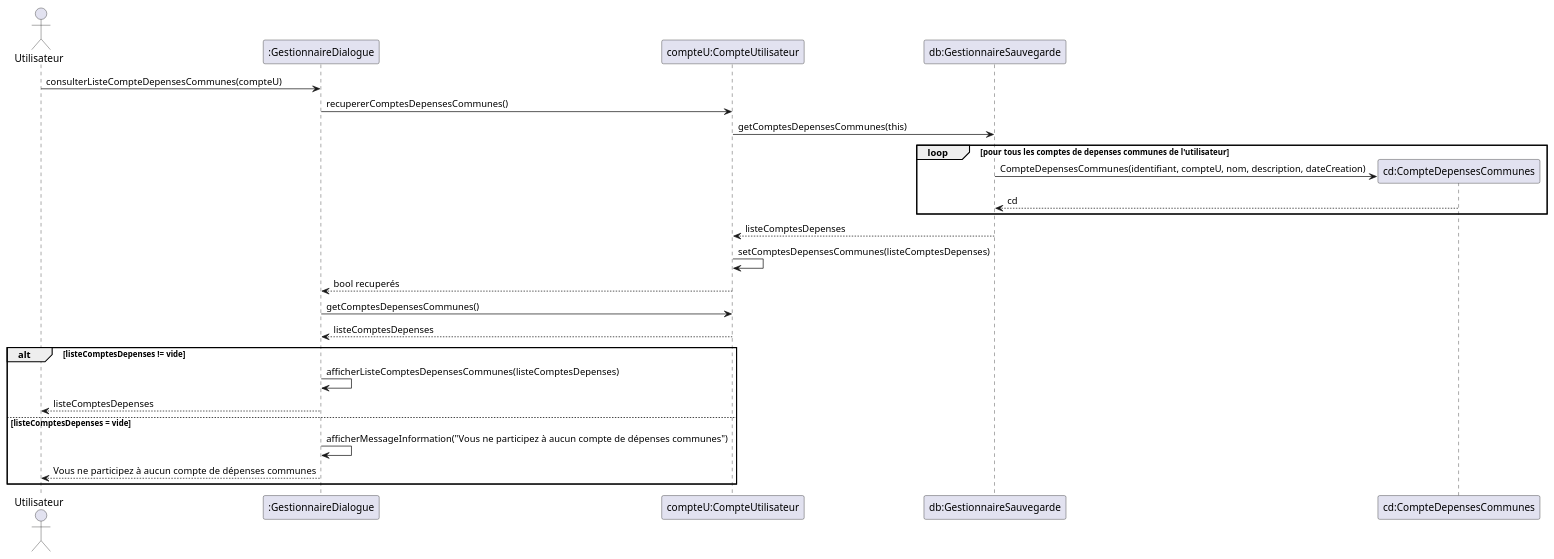
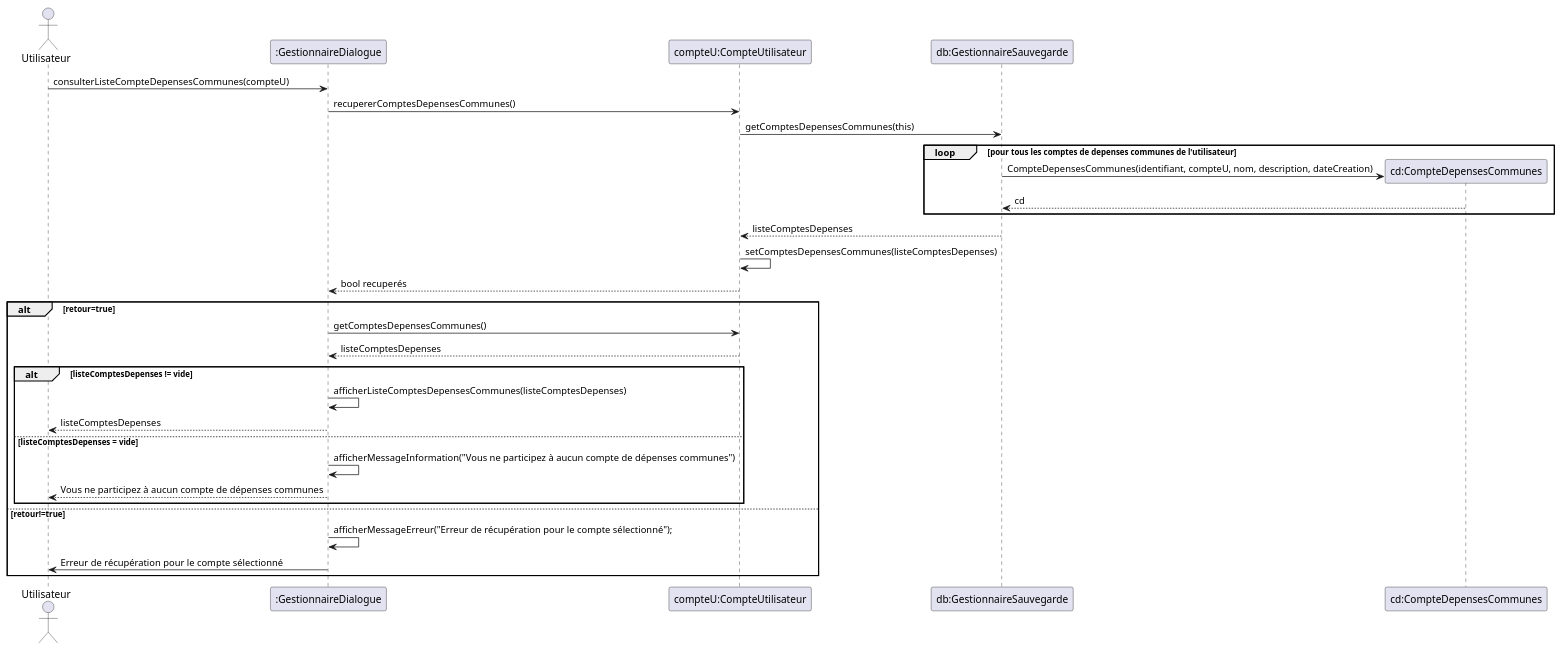
The diagram in diagrammes/conception/consulter-liste-compte-depenses.puml (lmtb06/sharecount), drawn with PlantUML before and after one commit. The commit also changed 5 other files, not shown here.

```diff
--- a/diagrammes/conception/consulter-liste-compte-depenses.puml
+++ b/diagrammes/conception/consulter-liste-compte-depenses.puml
@@ -1,29 +1,34 @@
 @startuml  Consulter la liste de ses comptes de dépenses communes
 
 actor "Utilisateur" as us
 participant ":GestionnaireDialogue" as gd
 participant "compteU:CompteUtilisateur" as cu
 participant "db:GestionnaireSauvegarde" as gs
 participant "cd:CompteDepensesCommunes" as cd
 
 us 	-> 	gd 	: consulterListeCompteDepensesCommunes(compteU)
 gd 	-> 	cu 	: recupererComptesDepensesCommunes()
 cu 	->	gs 	: getComptesDepensesCommunes(this)
 loop pour tous les comptes de depenses communes de l'utilisateur
 gs 	-> 	cd 	**: CompteDepensesCommunes(identifiant, compteU, nom, description, dateCreation)
 cd 	--> gs 	: cd
 end
 gs 	--> cu 	: listeComptesDepenses
 cu 	-> 	cu 	: setComptesDepensesCommunes(listeComptesDepenses)
 cu 	--> gd 	: bool recuperés
+alt retour=true
 ' TODO Verifier que la récupération a marché avant de continuer
 gd 	-> 	cu 	: getComptesDepensesCommunes()
 cu 	--> gd 	: listeComptesDepenses
 alt listeComptesDepenses != vide
 gd 	->	gd 	: afficherListeComptesDepensesCommunes(listeComptesDepenses)
 gd 	-->	us 	: listeComptesDepenses
 else listeComptesDepenses = vide
 gd 	-> 	gd  : afficherMessageInformation("Vous ne participez à aucun compte de dépenses communes")
 gd 	-->	us 	:Vous ne participez à aucun compte de dépenses communes
 end
+else retour!=true
+gd -> gd : afficherMessageErreur("Erreur de récupération pour le compte sélectionné");
+gd -> us : Erreur de récupération pour le compte sélectionné
+end
 @enduml
```
